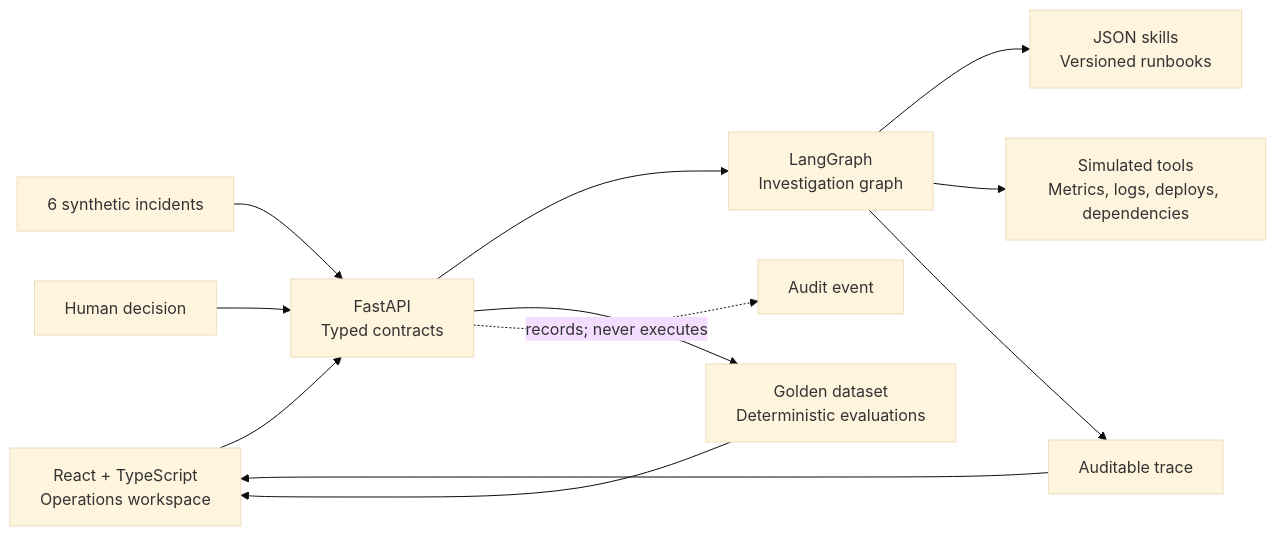
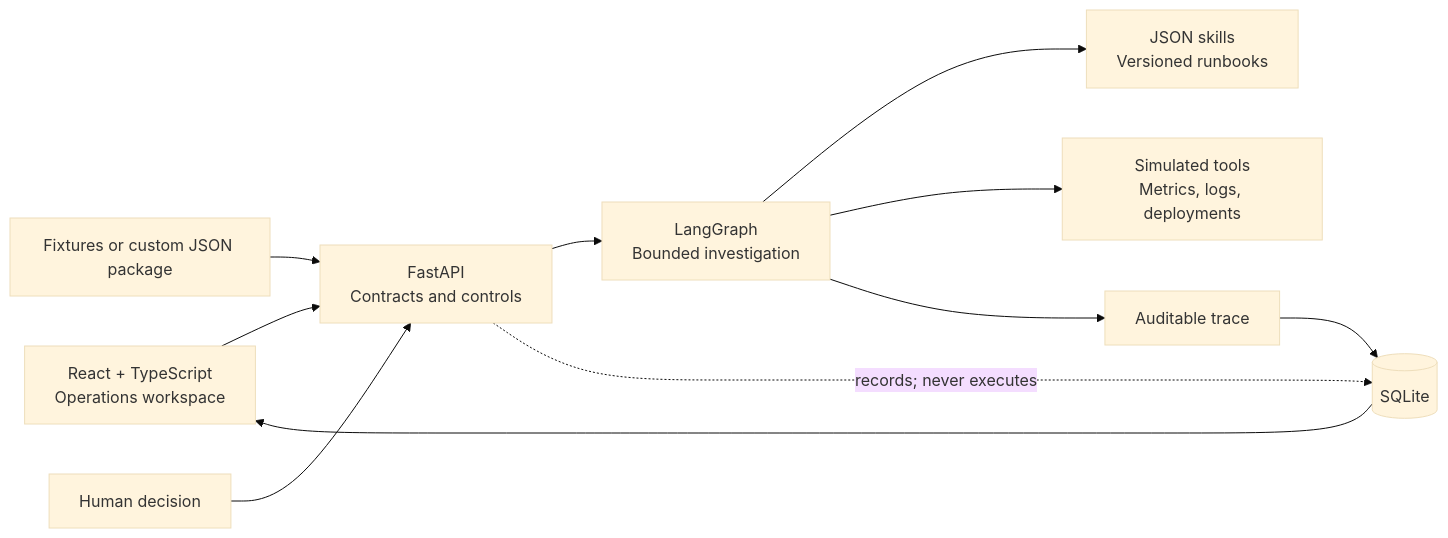
Before and after one commit to adrianohsnegrao/incident-room: the diagram in README.en.md, drawn with Mermaid (base theme). The commit also changed other lines of this file and 23 other files, not shown here.

Commit message:
feat: productionize incident investigation workspace

````diff
--- a/README.en.md
+++ b/README.en.md
@@ -42,14 +45,13 @@
 ```mermaid
 flowchart LR
-    UI[React + TypeScript<br/>Operations workspace] --> API[FastAPI<br/>Typed contracts]
-    API --> GRAPH[LangGraph<br/>Investigation graph]
+    UI[React + TypeScript<br/>Operations workspace] --> API[FastAPI<br/>Contracts and controls]
+    API --> GRAPH[LangGraph<br/>Bounded investigation]
     GRAPH --> SKILLS[JSON skills<br/>Versioned runbooks]
-    GRAPH --> TOOLS[Simulated tools<br/>Metrics, logs, deploys, dependencies]
-    FIXTURES[6 synthetic incidents] --> API
+    GRAPH --> TOOLS[Simulated tools<br/>Metrics, logs, deployments]
+    INPUT[Fixtures or custom JSON package] --> API
     GRAPH --> TRACE[Auditable trace]
-    TRACE --> UI
-    API --> EVALS[Golden dataset<br/>Deterministic evaluations]
-    EVALS --> UI
+    TRACE --> DB[(SQLite)]
+    DB --> UI
     HUMAN[Human decision] --> API
-    API -. records; never executes .-> AUDIT[Audit event]
+    API -. records; never executes .-> DB
 ```
````
